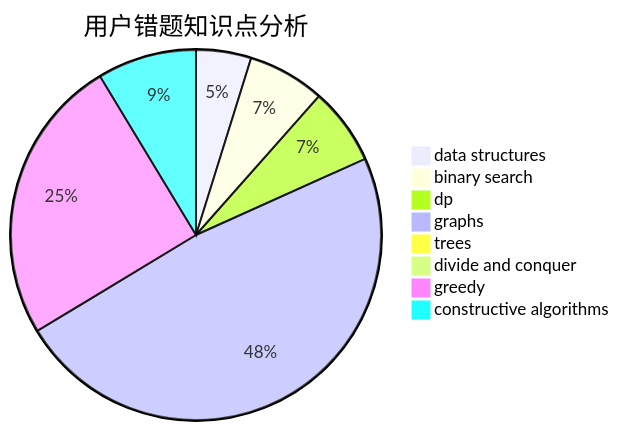
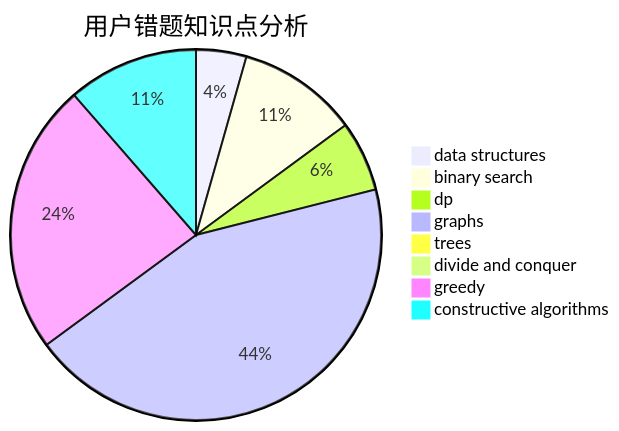
Before and after one commit to sherpahu/cfrs.github.io: the third of 3 diagrams in docs/user/u2633.md, drawn with Mermaid. The commit also changed other lines of this file and 2770 other files, not shown here.

````diff
--- a/docs/user/u2633.md
+++ b/docs/user/u2633.md
@@ -36,11 +36,11 @@
 ```mermaid
 pie title 用户错题知识点分析
     "data structures" :  5
-    "binary search" :  7
+    "binary search" :  12
     "dp" :  7
     "graphs" :  50
     "trees" :  0
     "divide and conquer" :  0
-    "greedy" :  26
-    "constructive algorithms" :  9
+    "greedy" :  27
+    "constructive algorithms" :  13
 ```
````
